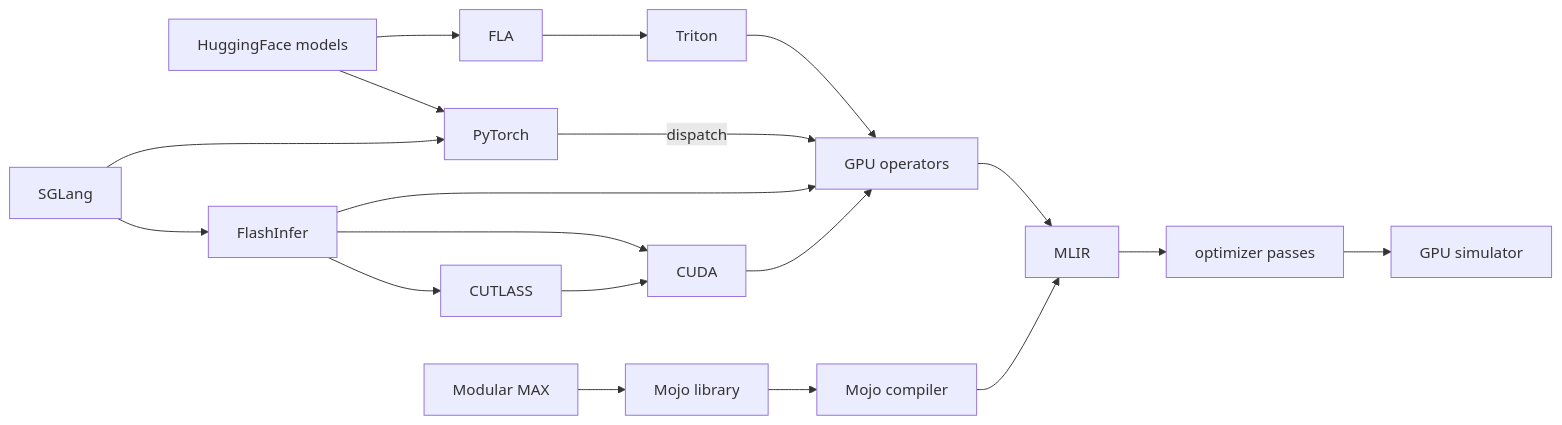
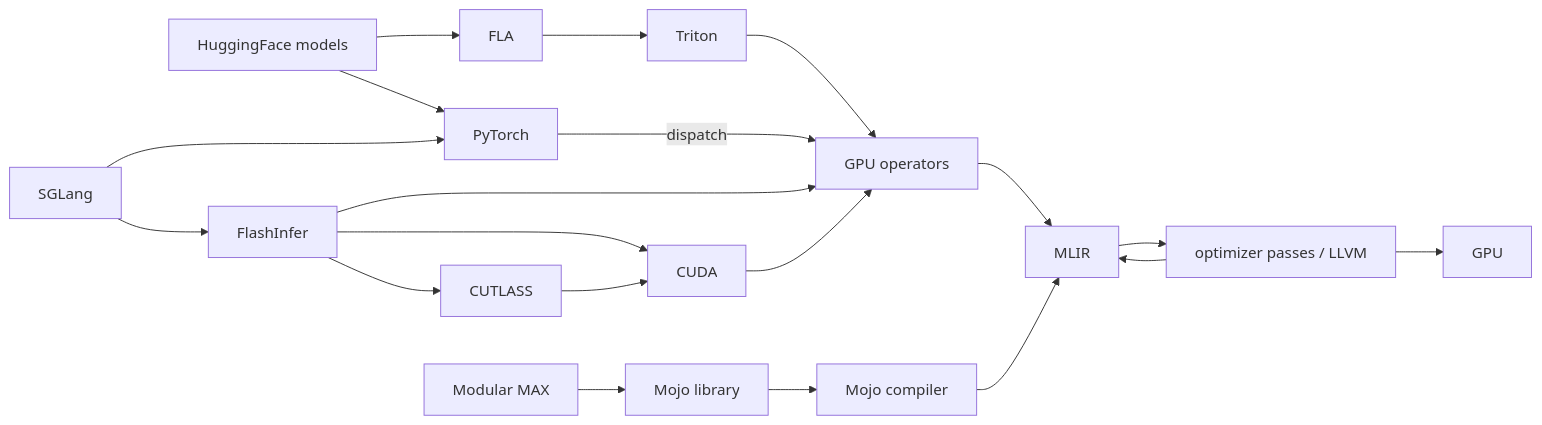
Before and after one commit to w32zhong/simp-intelligence: the diagram in README.md, drawn with Mermaid.

````diff
--- a/README.md
+++ b/README.md
@@ -5,18 +5,19 @@
 ```mermaid
 graph LR;
   hgf[HuggingFace models] --> PyTorch;
   hgf --> FLA --> Triton --> op_kernels;
   MAX[Modular MAX] --> mojo_lib;
   PyTorch --dispatch--> op_kernels;
   SGLang --> PyTorch;
   SGLang --> FlashInfer;
   FlashInfer --> op_kernels;
   FlashInfer --> CUDA;
   FlashInfer --> CUTLASS;
   CUTLASS --> CUDA --> op_kernels;
   op_kernels[GPU operators] --> MLIR;
   mojo_lib[Mojo library] --> mojo_lang;
   mojo_lang[Mojo compiler] --> MLIR;
-  MLIR --> asm_OPT[optimizer passes];
-  asm_OPT --> GPU[GPU simulator]
+  MLIR --> asm_OPT[optimizer passes / LLVM];
+  asm_OPT --> MLIR;
+  asm_OPT --> GPU[GPU];
 ```
````
